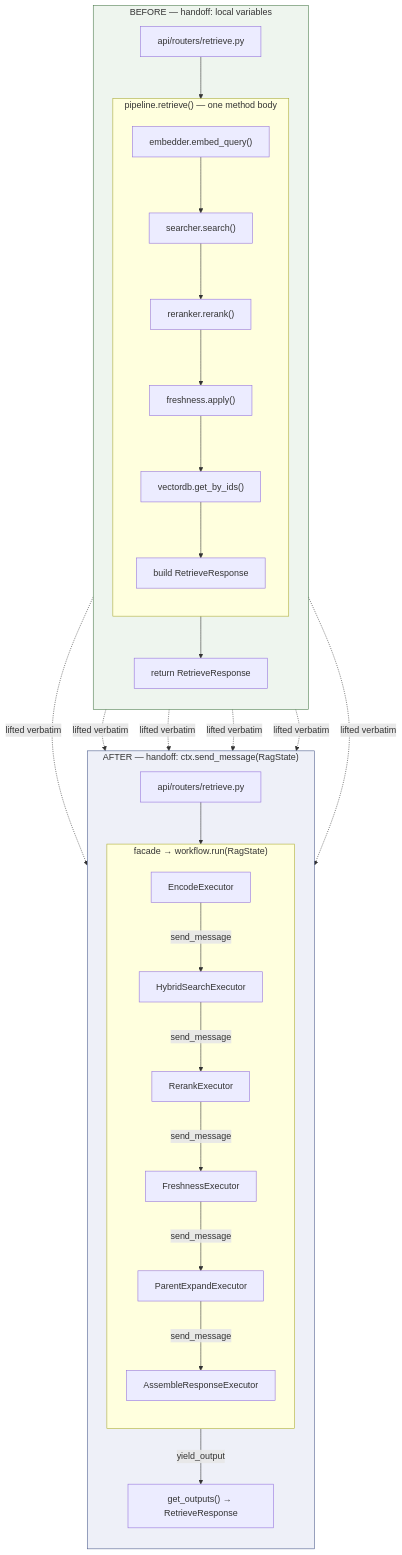
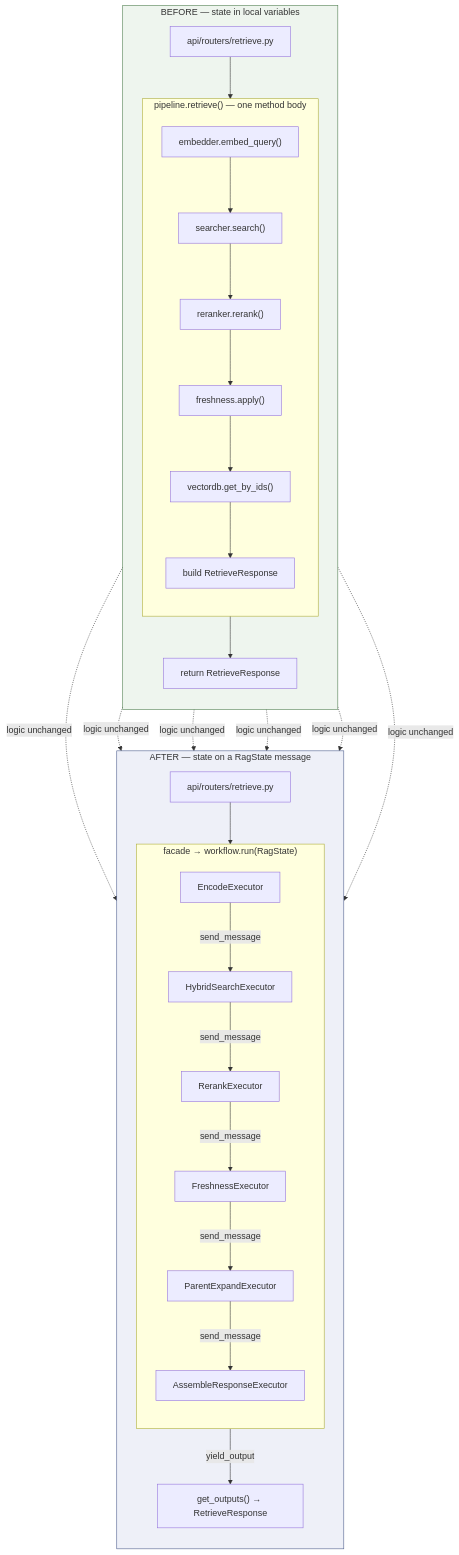
The first of 3 diagrams in rag-as-a-service/MAF_MIGRATION_EXPLAINED.md (manojchevula-acc/agent-mesh), drawn with Mermaid before and after one commit. The commit also changed other lines of this file and 14 other files, not shown here.

Commit message:
fix: build retrieval workflow per request to allow concurrent calls and added call graph md file

````diff
--- a/rag-as-a-service/MAF_MIGRATION_EXPLAINED.md
+++ b/rag-as-a-service/MAF_MIGRATION_EXPLAINED.md
@@ -80,50 +117,50 @@
 ```mermaid
 flowchart TB
 
-subgraph BEFORE["BEFORE — handoff: local variables"]
+subgraph BEFORE["BEFORE — state in local variables"]
     direction TB
     B0["api/routers/retrieve.py"]
     subgraph BM["pipeline.retrieve() — one method body"]
         direction TB
         B1["embedder.embed_query()"]
         B2["searcher.search()"]
         B3["reranker.rerank()"]
         B4["freshness.apply()"]
         B5["vectordb.get_by_ids()"]
         B6["build RetrieveResponse"]
         B1 --> B2 --> B3 --> B4 --> B5 --> B6
     end
     B7["return RetrieveResponse"]
     B0 --> B1
     B6 --> B7
 end
 
-subgraph AFTER["AFTER — handoff: ctx.send_message(RagState)"]
+subgraph AFTER["AFTER — state on a RagState message"]
     direction TB
     A0["api/routers/retrieve.py"]
     subgraph AM["facade → workflow.run(RagState)"]
         direction TB
         A1["EncodeExecutor"]
         A2["HybridSearchExecutor"]
         A3["RerankExecutor"]
         A4["FreshnessExecutor"]
         A5["ParentExpandExecutor"]
         A6["AssembleResponseExecutor"]
         A1 -->|send_message| A2 -->|send_message| A3
         A3 -->|send_message| A4 -->|send_message| A5 -->|send_message| A6
     end
     A7["get_outputs() → RetrieveResponse"]
     A0 --> A1
     A6 -->|yield_output| A7
 end
 
-B1 -.->|lifted verbatim| A1
-B2 -.->|lifted verbatim| A2
-B3 -.->|lifted verbatim| A3
-B4 -.->|lifted verbatim| A4
-B5 -.->|lifted verbatim| A5
-B6 -.->|lifted verbatim| A6
+B1 -.->|logic unchanged| A1
+B2 -.->|logic unchanged| A2
+B3 -.->|logic unchanged| A3
+B4 -.->|logic unchanged| A4
+B5 -.->|logic unchanged| A5
+B6 -.->|logic unchanged| A6
 
 style BEFORE fill:#eef5ee,stroke:#4a7a4a
 style AFTER fill:#eef0f8,stroke:#4a5a8a
 ```
````
